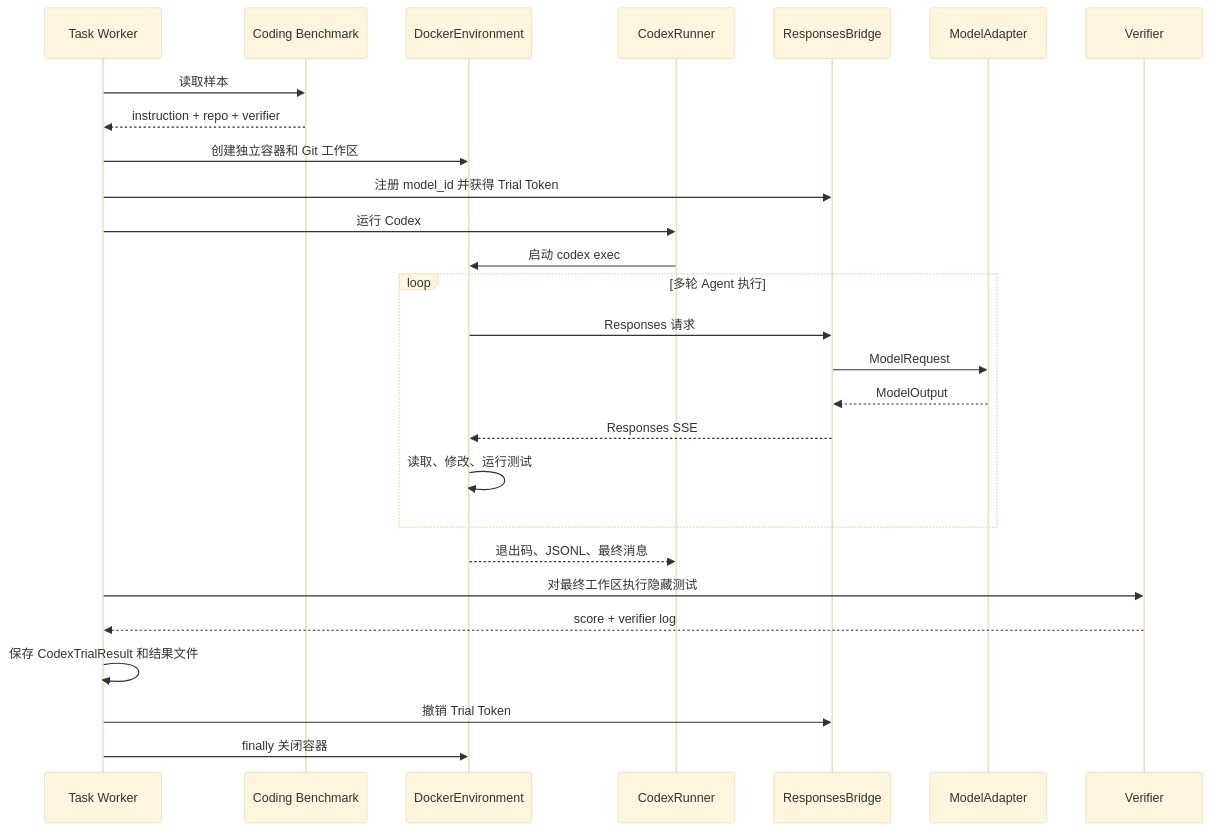
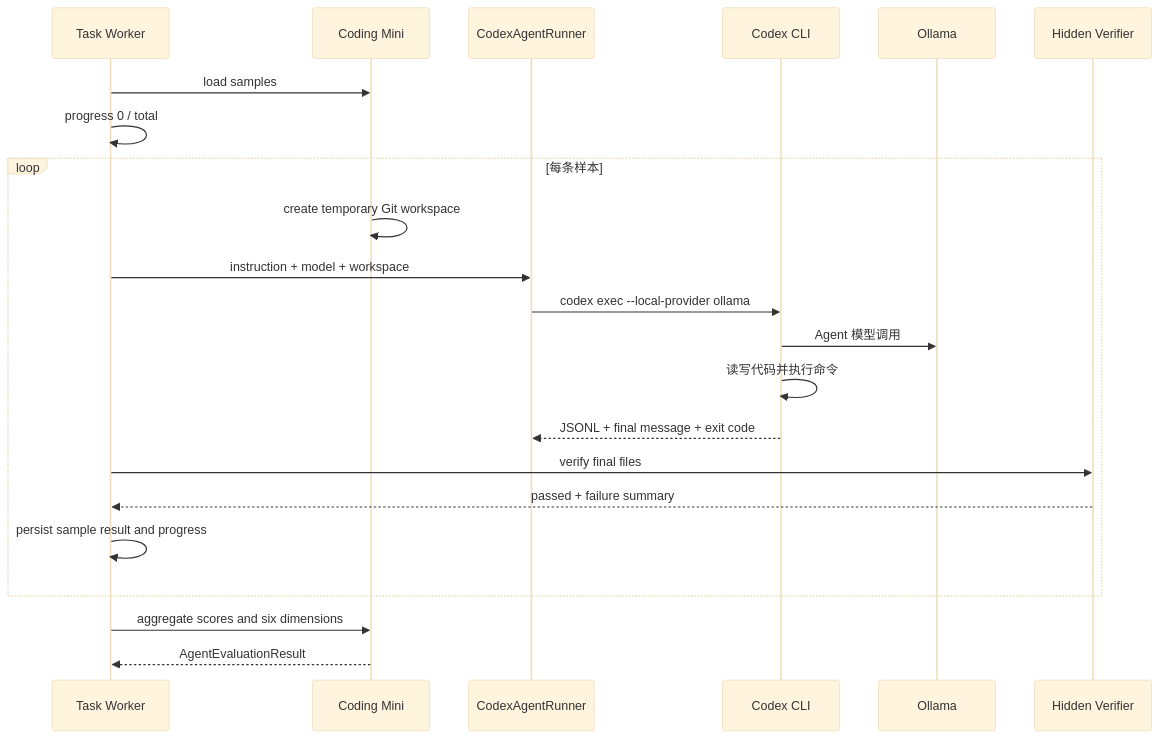
The third of 5 diagrams in docs/superpowers/specs/20260804_Codex固定Agent壳基模评测工程设计.md (NEDONION/evalhub), drawn with Mermaid (base theme) before and after one commit. The commit also changed other lines of this file and 57 other files, not shown here.

Commit message:
feat: add persistent evaluation tasks and Codex agent runs

````diff
--- a/docs/superpowers/specs/20260804_Codex固定Agent壳基模评测工程设计.md
+++ b/docs/superpowers/specs/20260804_Codex固定Agent壳基模评测工程设计.md
@@ -372,30 +177,25 @@
 ```mermaid
 sequenceDiagram
     participant W as Task Worker
-    participant B as Coding Benchmark
-    participant E as DockerEnvironment
-    participant R as CodexRunner
-    participant G as ResponsesBridge
-    participant M as ModelAdapter
-    participant V as Verifier
+    participant B as Coding Mini
+    participant R as CodexAgentRunner
+    participant C as Codex CLI
+    participant O as Ollama
+    participant V as Hidden Verifier
 
-    W->>B: 读取样本
-    B-->>W: instruction + repo + verifier
-    W->>E: 创建独立容器和 Git 工作区
-    W->>G: 注册 model_id 并获得 Trial Token
-    W->>R: 运行 Codex
-    R->>E: 启动 codex exec
-    loop 多轮 Agent 执行
-        E->>G: Responses 请求
-        G->>M: ModelRequest
-        M-->>G: ModelOutput
-        G-->>E: Responses SSE
-        E->>E: 读取、修改、运行测试
+    W->>B: load samples
+    W->>W: progress 0 / total
+    loop 每条样本
+        B->>B: create temporary Git workspace
+        W->>R: instruction + model + workspace
+        R->>C: codex exec --local-provider ollama
+        C->>O: Agent 模型调用
+        C->>C: 读写代码并执行命令
+        C-->>R: JSONL + final message + exit code
+        W->>V: verify final files
+        V-->>W: passed + failure summary
+        W->>W: persist sample result and progress
     end
-    E-->>R: 退出码、JSONL、最终消息
-    W->>V: 对最终工作区执行隐藏测试
-    V-->>W: score + verifier log
-    W->>W: 保存 CodexTrialResult 和结果文件
-    W->>G: 撤销 Trial Token
-    W->>E: finally 关闭容器
+    W->>B: aggregate scores and six dimensions
+    B-->>W: AgentEvaluationResult
 ```
````
